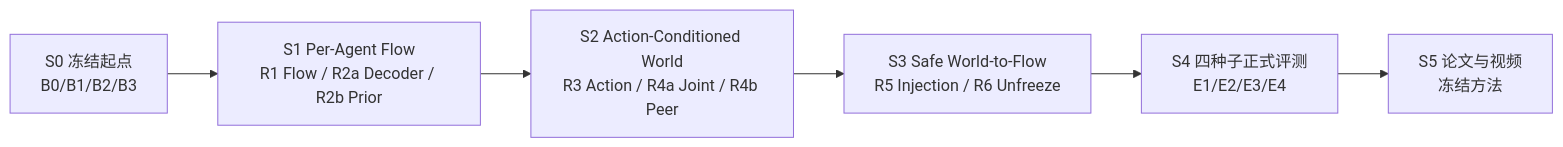
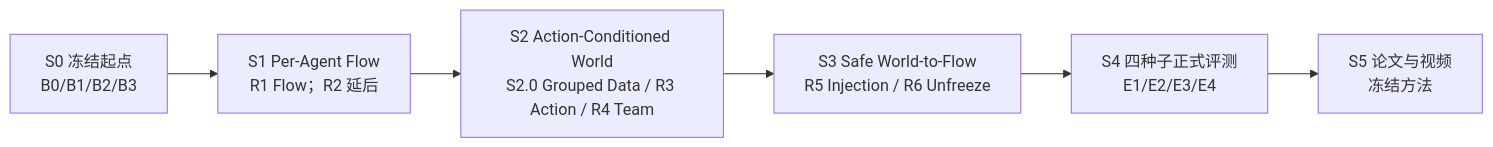
Before and after one commit to Jeong-zju/before-we-act: the first of 2 diagrams in docs/plans/20260725_P1_MULTI_ROBOT_MODEL_ARCHITECTURE_ACTION_GENERATION_ROADMAP_V2.0_ZH.md, drawn with Mermaid. The commit also changed other lines of this file, not shown here.

Commit message:
docs: define S2 world-model capability gates

````diff
--- a/docs/plans/20260725_P1_MULTI_ROBOT_MODEL_ARCHITECTURE_ACTION_GENERATION_ROADMAP_V2.0_ZH.md
+++ b/docs/plans/20260725_P1_MULTI_ROBOT_MODEL_ARCHITECTURE_ACTION_GENERATION_ROADMAP_V2.0_ZH.md
@@ -175,11 +175,11 @@
 ```mermaid
 flowchart LR
     S0["S0 冻结起点<br/>B0/B1/B2/B3"]
-    S1["S1 Per-Agent Flow<br/>R1 Flow / R2a Decoder / R2b Prior"]
-    S2["S2 Action-Conditioned World<br/>R3 Action / R4a Joint / R4b Peer"]
+    S1["S1 Per-Agent Flow<br/>R1 Flow；R2 延后"]
+    S2["S2 Action-Conditioned World<br/>S2.0 Grouped Data / R3 Action / R4 Team"]
     S3["S3 Safe World-to-Flow<br/>R5 Injection / R6 Unfreeze"]
     S4["S4 四种子正式评测<br/>E1/E2/E3/E4"]
     S5["S5 论文与视频<br/>冻结方法"]
 
     S0 --> S1 --> S2 --> S3 --> S4 --> S5
 ```
````
